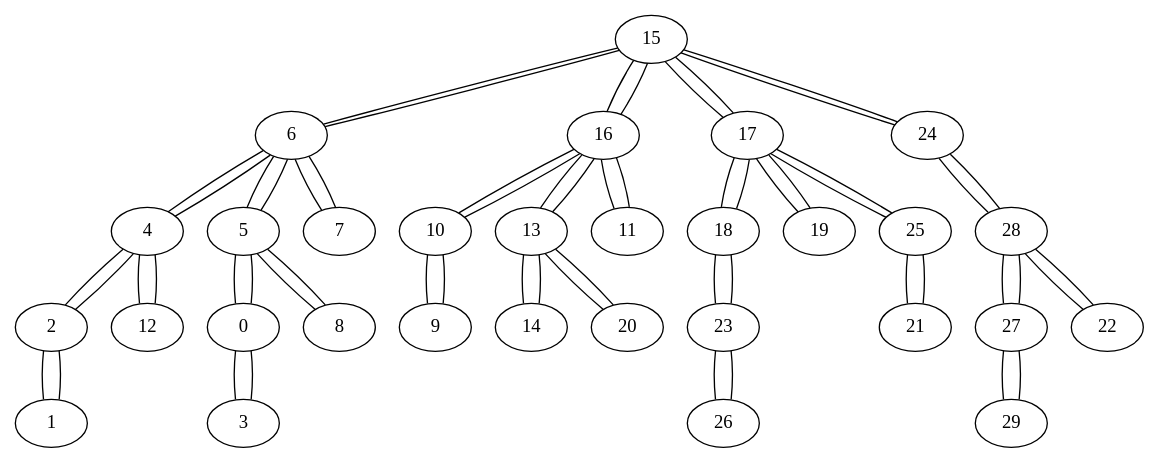
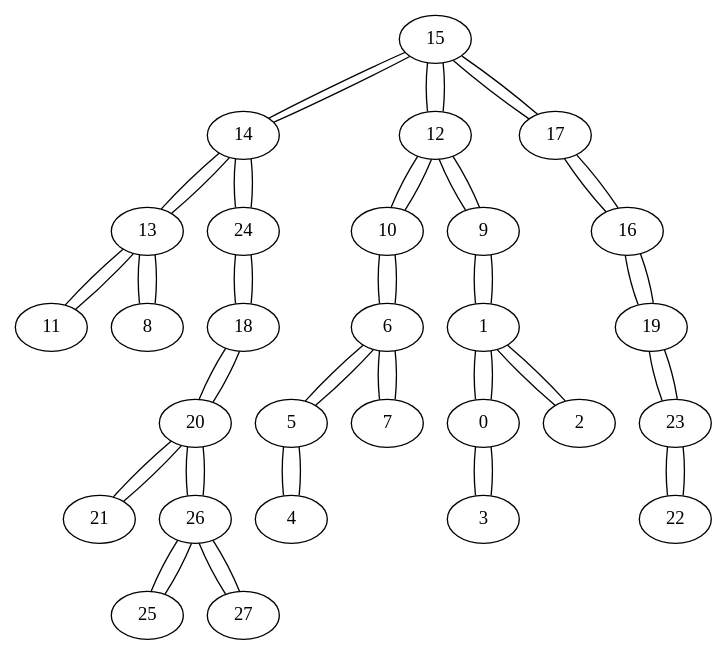
One commit to chrisalmonte/P-Grafos changed the diagram in grafos/Barbasi-Albert/BarbasiAlbert_variante_30_BFS.gv. Above: the diagram before and after it, drawn with Graphviz. The commit also changed 72 other files, not shown here.

```diff
--- a/grafos/Barbasi-Albert/BarbasiAlbert_variante_30_BFS.gv
+++ b/grafos/Barbasi-Albert/BarbasiAlbert_variante_30_BFS.gv
@@ -1,60 +1,56 @@
 graph {
-15 -- 6
-15 -- 16
+15 -- 14
+15 -- 12
 15 -- 17
-15 -- 24
-6 -- 15
-6 -- 4
+14 -- 15
+14 -- 13
+14 -- 24
+12 -- 15
+12 -- 10
+12 -- 9
+17 -- 15
+17 -- 16
+13 -- 14
+13 -- 11
+13 -- 8
+24 -- 14
+24 -- 18
+10 -- 12
+10 -- 6
+9 -- 12
+9 -- 1
+16 -- 17
+16 -- 19
+11 -- 13
+8 -- 13
+18 -- 24
+18 -- 20
+6 -- 10
 6 -- 5
 6 -- 7
-16 -- 15
-16 -- 10
-16 -- 13
-16 -- 11
-17 -- 15
-17 -- 18
-17 -- 19
-17 -- 25
-24 -- 15
-24 -- 28
-4 -- 6
-4 -- 2
-4 -- 12
+1 -- 9
+1 -- 0
+1 -- 2
+19 -- 16
+19 -- 23
+20 -- 18
+20 -- 21
+20 -- 26
 5 -- 6
-5 -- 0
-5 -- 8
+5 -- 4
 7 -- 6
-10 -- 16
-10 -- 9
-13 -- 16
-13 -- 14
-13 -- 20
-11 -- 16
-18 -- 17
-18 -- 23
-19 -- 17
-25 -- 17
-25 -- 21
-28 -- 24
-28 -- 27
-28 -- 22
-2 -- 4
+0 -- 1
+0 -- 3
 2 -- 1
-12 -- 4
-0 -- 5
-0 -- 3
-8 -- 5
-9 -- 10
-14 -- 13
-20 -- 13
-23 -- 18
-23 -- 26
-21 -- 25
-27 -- 28
-27 -- 29
-22 -- 28
-1 -- 2
+23 -- 19
+23 -- 22
+21 -- 20
+26 -- 20
+26 -- 25
+26 -- 27
+4 -- 5
 3 -- 0
-26 -- 23
-29 -- 27
+22 -- 23
+25 -- 26
+27 -- 26
 }
```
